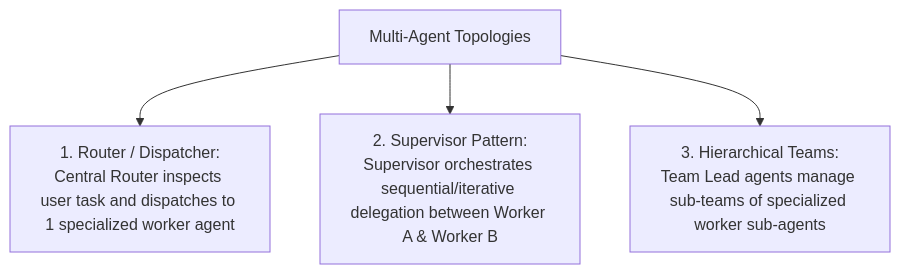
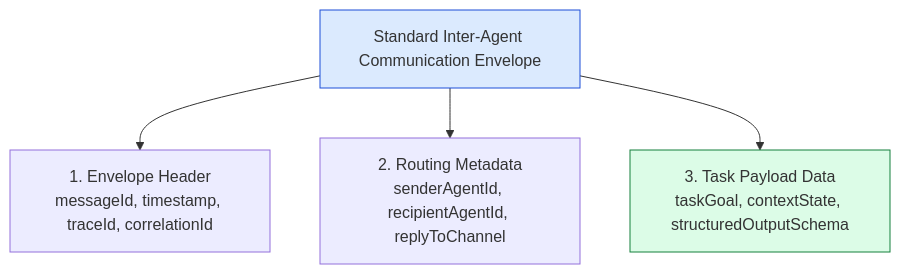
Before and after one commit to Amie-dev/engineering-playbook: the third of 3 diagrams in agentic-ai-notes/00-foundations/13-multi-agent-patterns.md, drawn with Mermaid. The commit also changed other lines of this file and 17 other files, not shown here.

Commit message:
Refactor observability and tracing documentation to enhance clarity and detail; expand Model Context Protocol (MCP) architecture with JSON-RPC primitives; update decision framework to emphasize architectural complexity and decision-making processes.

````diff
--- a/agentic-ai-notes/00-foundations/13-multi-agent-patterns.md
+++ b/agentic-ai-notes/00-foundations/13-multi-agent-patterns.md
@@ -10,6 +86,9 @@
 ```mermaid
-graph TD
-    Topologies[Multi-Agent Topologies] --> RouterPattern["1. Router / Dispatcher:<br/>Central Router inspects user task and dispatches to 1 specialized worker agent"]
-    Topologies --> SupervisorPattern["2. Supervisor Pattern:<br/>Supervisor orchestrates sequential/iterative delegation between Worker A & Worker B"]
-    Topologies --> HierarchicalPattern["3. Hierarchical Teams:<br/>Team Lead agents manage sub-teams of specialized worker sub-agents"]
+flowchart TD
+    Envelope[Standard Inter-Agent Communication Envelope] --> Header["1. Envelope Header<br/>messageId, timestamp, traceId, correlationId"]
+    Envelope --> Routing["2. Routing Metadata<br/>senderAgentId, recipientAgentId, replyToChannel"]
+    Envelope --> Payload["3. Task Payload Data<br/>taskGoal, contextState, structuredOutputSchema"]
+
+    style Envelope fill:#dbeafe,stroke:#1d4ed8
+    style Payload fill:#dcfce7,stroke:#15803d
 ```
````
